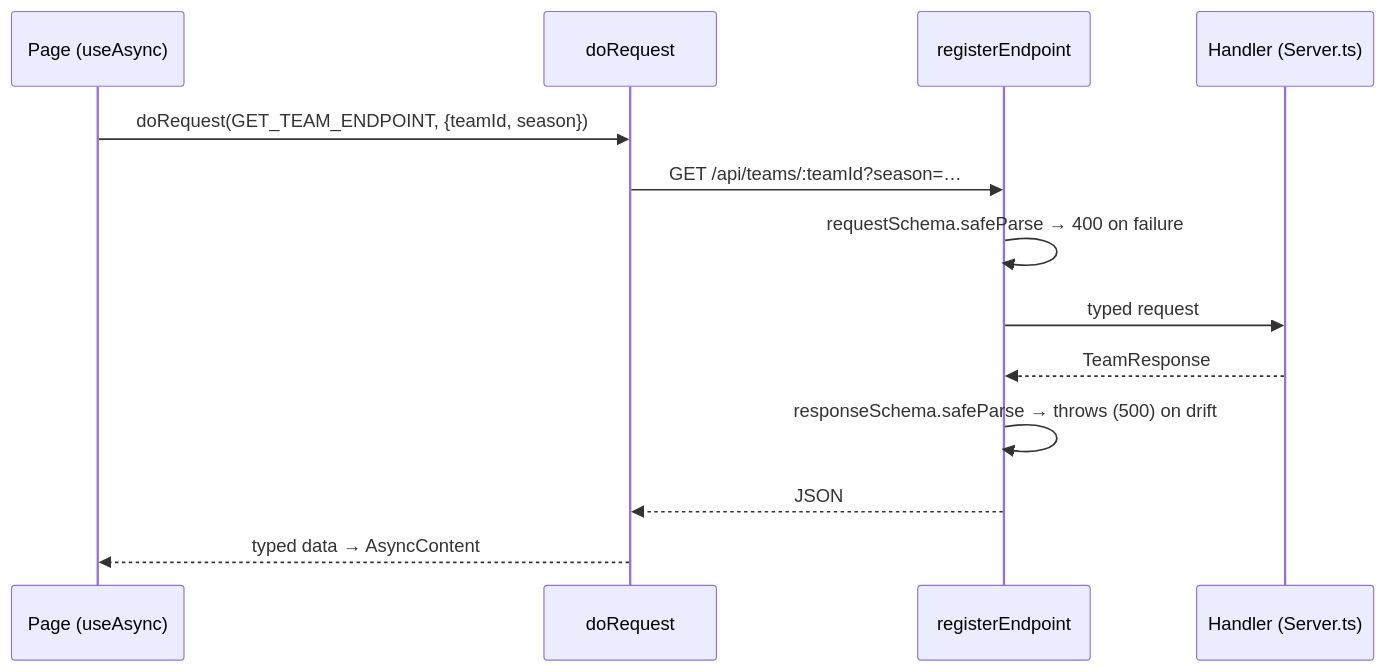
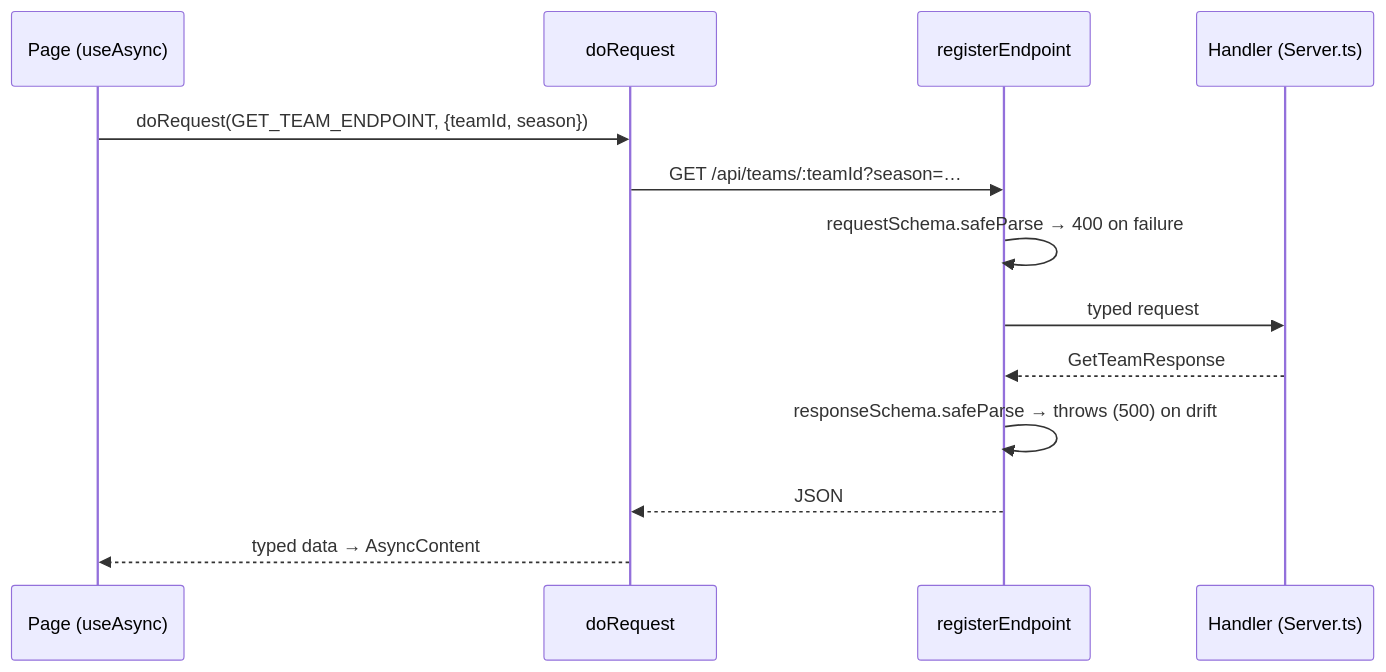
One commit to dvdzkwsk/dvdzkwsk changed the second of 7 diagrams in projects/khl/ARCHITECTURE.md. Above: the diagram before and after it, drawn with Mermaid. The commit also changed other lines of this file and 20 other files, not shown here.

````diff
--- a/projects/khl/ARCHITECTURE.md
+++ b/projects/khl/ARCHITECTURE.md
@@ -90,15 +90,15 @@
 ```mermaid
 sequenceDiagram
     participant Page as Page (useAsync)
     participant Req as doRequest
     participant Reg as registerEndpoint
     participant H as Handler (Server.ts)
     Page->>Req: doRequest(GET_TEAM_ENDPOINT, {teamId, season})
     Req->>Reg: GET /api/teams/:teamId?season=…
     Reg->>Reg: requestSchema.safeParse → 400 on failure
     Reg->>H: typed request
-    H-->>Reg: TeamResponse
+    H-->>Reg: GetTeamResponse
     Reg->>Reg: responseSchema.safeParse → throws (500) on drift
     Reg-->>Req: JSON
     Req-->>Page: typed data → AsyncContent
 ```
````
